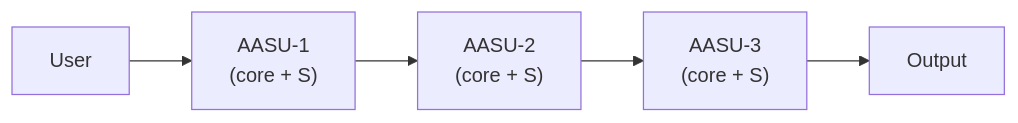
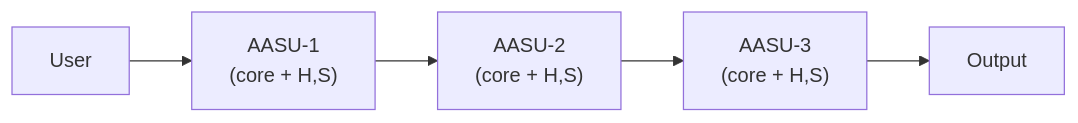
The second of 3 diagrams in README.md (SAISec/AASU), drawn with Mermaid before and after one commit. The commit also changed other lines of this file and 16 other files, not shown here.

````diff
--- a/README.md
+++ b/README.md
@@ -50,7 +51,7 @@
 ```mermaid
 flowchart LR
-  User --> A1["AASU-1<br/>(core + S)"]
-  A1 --> A2["AASU-2<br/>(core + S)"]
-  A2 --> A3["AASU-3<br/>(core + S)"]
+  User --> A1["AASU-1<br/>(core + H,S)"]
+  A1 --> A2["AASU-2<br/>(core + H,S)"]
+  A2 --> A3["AASU-3<br/>(core + H,S)"]
   A3 --> Output
 ```
````
